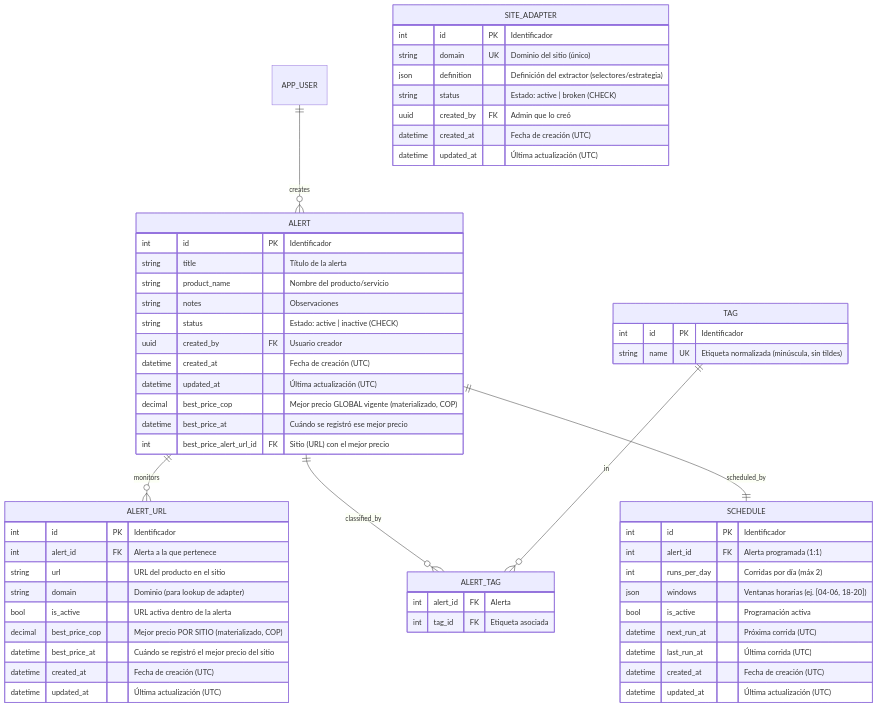
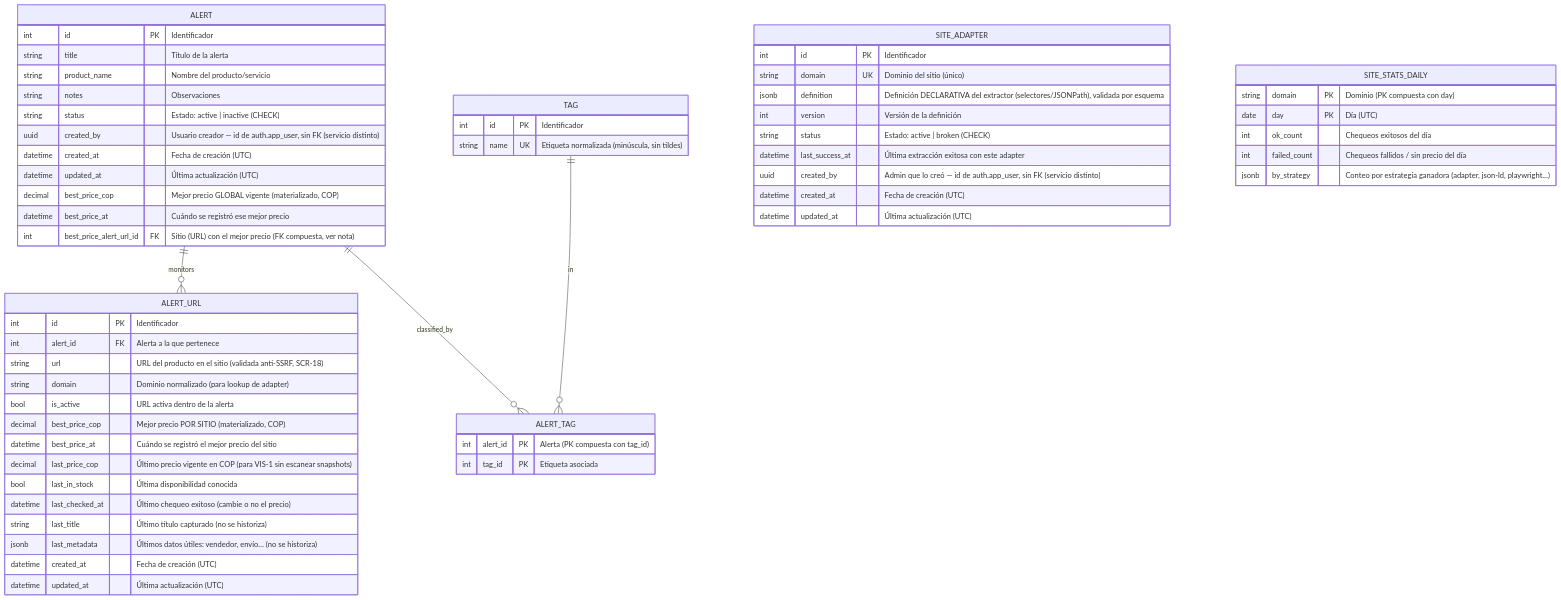
Before and after one commit to vida-I-found-it/architecture: the third of 5 diagrams in docs/03-modelo-datos.md, drawn with Mermaid. The commit also changed other lines of this file and 16 other files, not shown here.

````diff
--- a/docs/03-modelo-datos.md
+++ b/docs/03-modelo-datos.md
@@ -145,61 +167,62 @@
 ```mermaid
 erDiagram
-    APP_USER ||--o{ ALERT : creates
     ALERT ||--o{ ALERT_URL : monitors
     ALERT ||--o{ ALERT_TAG : classified_by
     TAG ||--o{ ALERT_TAG : in
-    ALERT ||--|| SCHEDULE : scheduled_by
 
     ALERT {
         int id PK "Identificador"
         string title "Título de la alerta"
         string product_name "Nombre del producto/servicio"
         string notes "Observaciones"
         string status "Estado: active | inactive (CHECK)"
-        uuid created_by FK "Usuario creador"
+        uuid created_by "Usuario creador — id de auth.app_user, sin FK (servicio distinto)"
         datetime created_at "Fecha de creación (UTC)"
         datetime updated_at "Última actualización (UTC)"
         decimal best_price_cop "Mejor precio GLOBAL vigente (materializado, COP)"
         datetime best_price_at "Cuándo se registró ese mejor precio"
-        int best_price_alert_url_id FK "Sitio (URL) con el mejor precio"
+        int best_price_alert_url_id FK "Sitio (URL) con el mejor precio (FK compuesta, ver nota)"
     }
     ALERT_URL {
         int id PK "Identificador"
         int alert_id FK "Alerta a la que pertenece"
-        string url "URL del producto en el sitio"
-        string domain "Dominio (para lookup de adapter)"
+        string url "URL del producto en el sitio (validada anti-SSRF, SCR-18)"
+        string domain "Dominio normalizado (para lookup de adapter)"
         bool is_active "URL activa dentro de la alerta"
         decimal best_price_cop "Mejor precio POR SITIO (materializado, COP)"
         datetime best_price_at "Cuándo se registró el mejor precio del sitio"
+        decimal last_price_cop "Último precio vigente en COP (para VIS-1 sin escanear snapshots)"
+        bool last_in_stock "Última disponibilidad conocida"
+        datetime last_checked_at "Último chequeo exitoso (cambie o no el precio)"
+        string last_title "Último título capturado (no se historiza)"
+        jsonb last_metadata "Últimos datos útiles: vendedor, envío… (no se historiza)"
         datetime created_at "Fecha de creación (UTC)"
         datetime updated_at "Última actualización (UTC)"
     }
     TAG {
         int id PK "Identificador"
         string name UK "Etiqueta normalizada (minúscula, sin tildes)"
     }
     ALERT_TAG {
-        int alert_id FK "Alerta"
-        int tag_id FK "Etiqueta asociada"
-    }
-    SCHEDULE {
-        int id PK "Identificador"
-        int alert_id FK "Alerta programada (1:1)"
-        int runs_per_day "Corridas por día (máx 2)"
-        json windows "Ventanas horarias (ej. [04-06, 18-20])"
-        bool is_active "Programación activa"
-        datetime next_run_at "Próxima corrida (UTC)"
-        datetime last_run_at "Última corrida (UTC)"
-        datetime created_at "Fecha de creación (UTC)"
-        datetime updated_at "Última actualización (UTC)"
+        int alert_id PK "Alerta (PK compuesta con tag_id)"
+        int tag_id PK "Etiqueta asociada"
     }
     SITE_ADAPTER {
         int id PK "Identificador"
         string domain UK "Dominio del sitio (único)"
-        json definition "Definición del extractor (selectores/estrategia)"
+        jsonb definition "Definición DECLARATIVA del extractor (selectores/JSONPath), validada por esquema"
+        int version "Versión de la definición"
         string status "Estado: active | broken (CHECK)"
-        uuid created_by FK "Admin que lo creó"
+        datetime last_success_at "Última extracción exitosa con este adapter"
+        uuid created_by "Admin que lo creó — id de auth.app_user, sin FK (servicio distinto)"
         datetime created_at "Fecha de creación (UTC)"
         datetime updated_at "Última actualización (UTC)"
     }
+    SITE_STATS_DAILY {
+        string domain PK "Dominio (PK compuesta con day)"
+        date day PK "Día (UTC)"
+        int ok_count "Chequeos exitosos del día"
+        int failed_count "Chequeos fallidos / sin precio del día"
+        jsonb by_strategy "Conteo por estrategia ganadora (adapter, json-ld, playwright…)"
+    }
 ```
````
